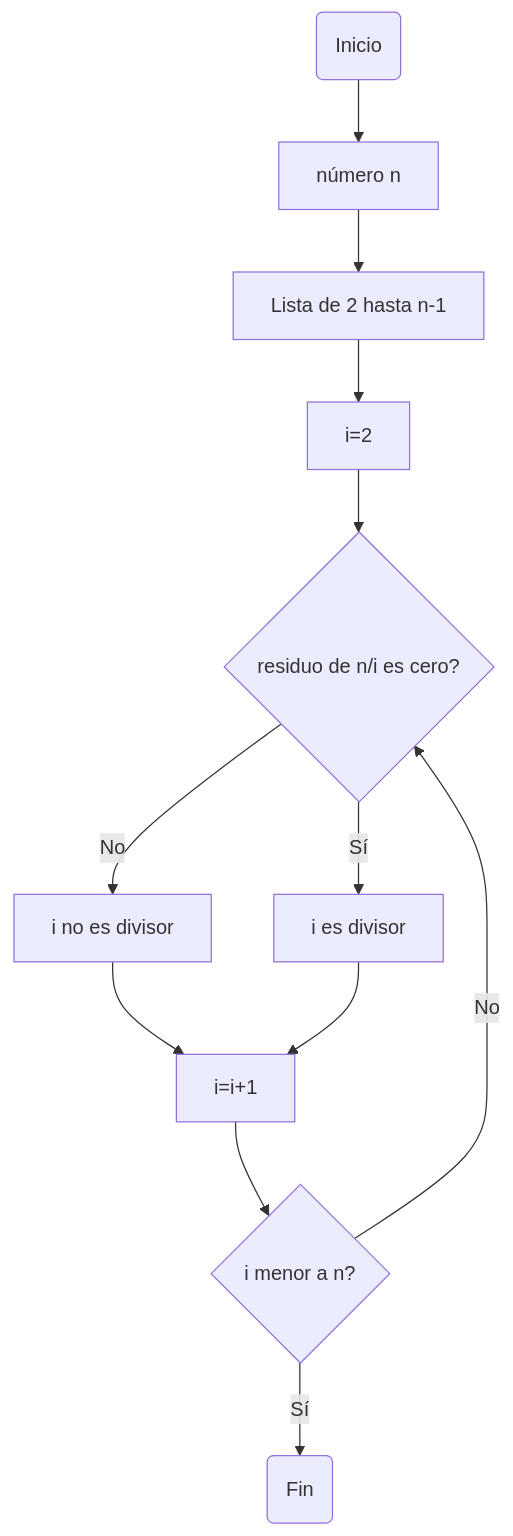
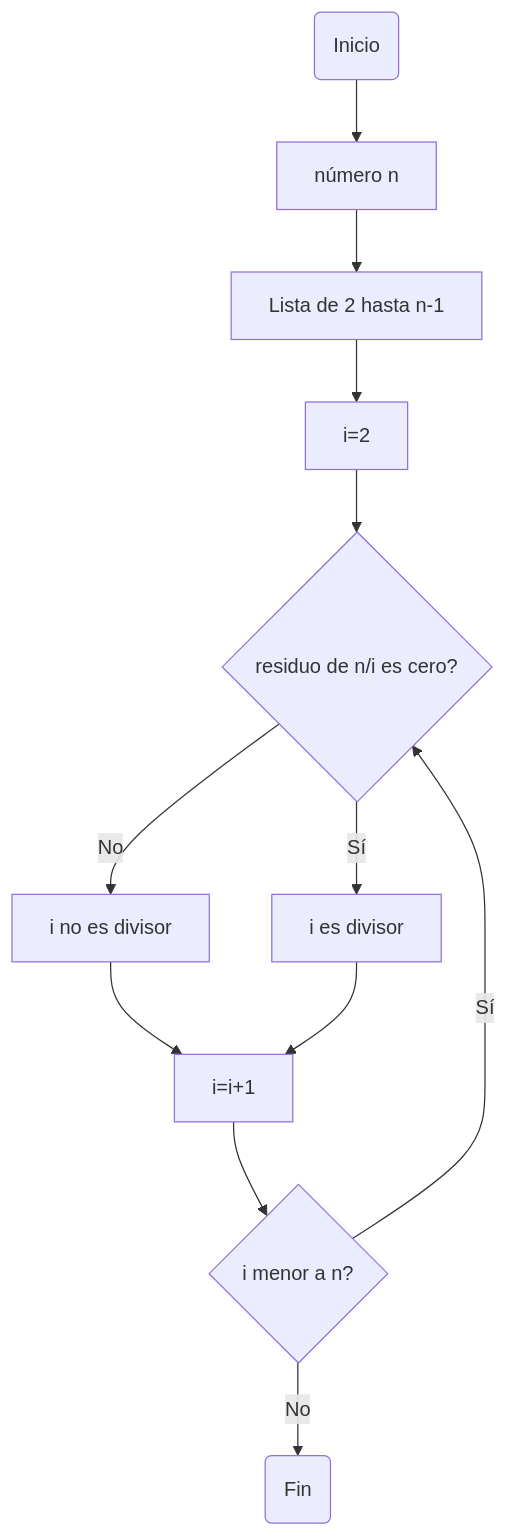
One commit to fegonzalez7/pdc_unal_clase5 changed the fifth of 5 diagrams in README.md. Above: the diagram before and after it, drawn with Mermaid. The commit also changed other lines of this file, not shown here.

````diff
--- a/README.md
+++ b/README.md
@@ -221,14 +239,14 @@
 ```mermaid
 flowchart TD;
     A(Inicio) --> B[número n];
     B --> C;
     C[Lista de 2 hasta n-1] --> D[i=2];
     D --> E;
     E{residuo de n/i es cero?} -- Sí --> F[i es divisor];
     E -- No --> G[i no es divisor];
     H[i=i+1] --> I{i menor a n?};
     G --> H;
     F --> H;
-    I -- Sí --> J(Fin);
-    I -- No --> E;
+    I -- No --> J(Fin);
+    I -- Sí --> E;
 ```
````
